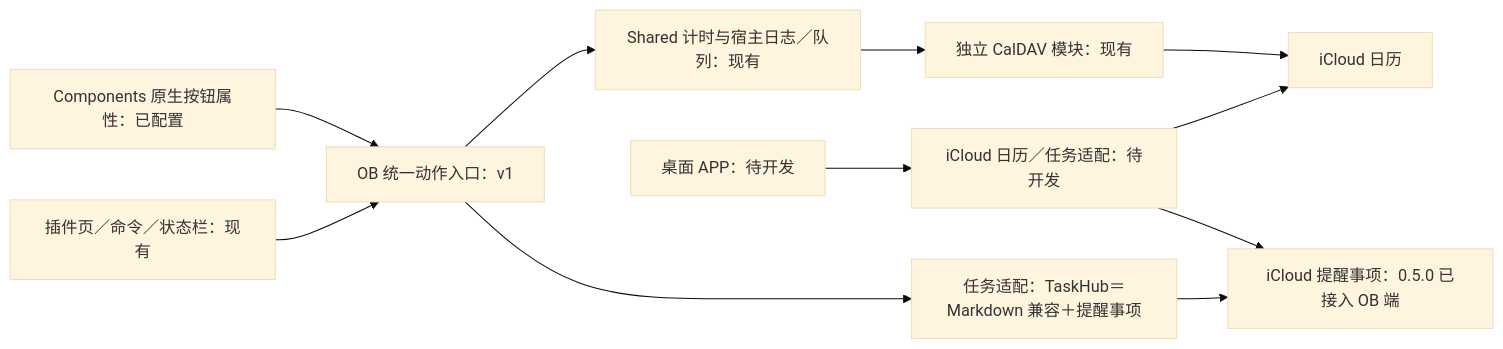
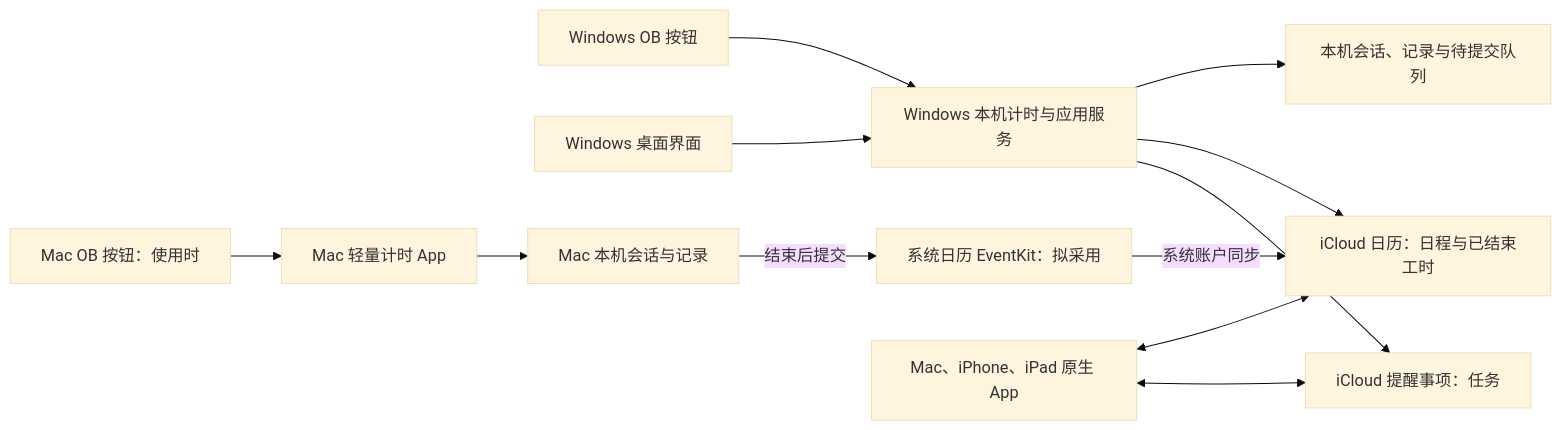
The diagram in Notes/2-架构设计.md (Yang-Jia-Lin/OB-Calendar-and-Tasks-with-iOS), drawn with Mermaid (base theme) before and after one commit. The commit also changed other lines of this file and 77 other files, not shown here.

````diff
--- a/Notes/2-架构设计.md
+++ b/Notes/2-架构设计.md
@@ -94,13 +7,14 @@
 ```mermaid
 flowchart LR
-    Card[Components 原生按钮属性：已配置] --> Entry[OB 统一动作入口：v1]
-    View[插件页／命令／状态栏：现有] --> Entry
-    Entry --> Core[Shared 计时与宿主日志／队列：现有]
-    Entry --> Task[任务适配：TaskHub＝Markdown 兼容＋提醒事项]
-    Core --> FCR[独立 CalDAV 模块：现有]
-    FCR --> Calendar[iCloud 日历]
-    Task --> Reminders[iCloud 提醒事项：0.5.0 已接入 OB 端]
-    Desktop[桌面 APP：待开发] --> Adapters[iCloud 日历／任务适配：待开发]
-    Adapters --> Calendar
-    Adapters --> Reminders
+    WOB[Windows OB 按钮] --> W[Windows 本机计时与应用服务]
+    WUI[Windows 桌面界面] --> W
+    W --> WL[本机会话、记录与待提交队列]
+    W --> CAL[iCloud 日历：日程与已结束工时]
+    W --> REM[iCloud 提醒事项：任务]
+    MOB[Mac OB 按钮：使用时] --> M[Mac 轻量计时 App]
+    M --> ML[Mac 本机会话与记录]
+    ML -->|结束后提交| EK[系统日历 EventKit：拟采用]
+    EK -->|系统账户同步| CAL
+    N[Mac、iPhone、iPad 原生 App] <--> CAL
+    N <--> REM
 ```
````
